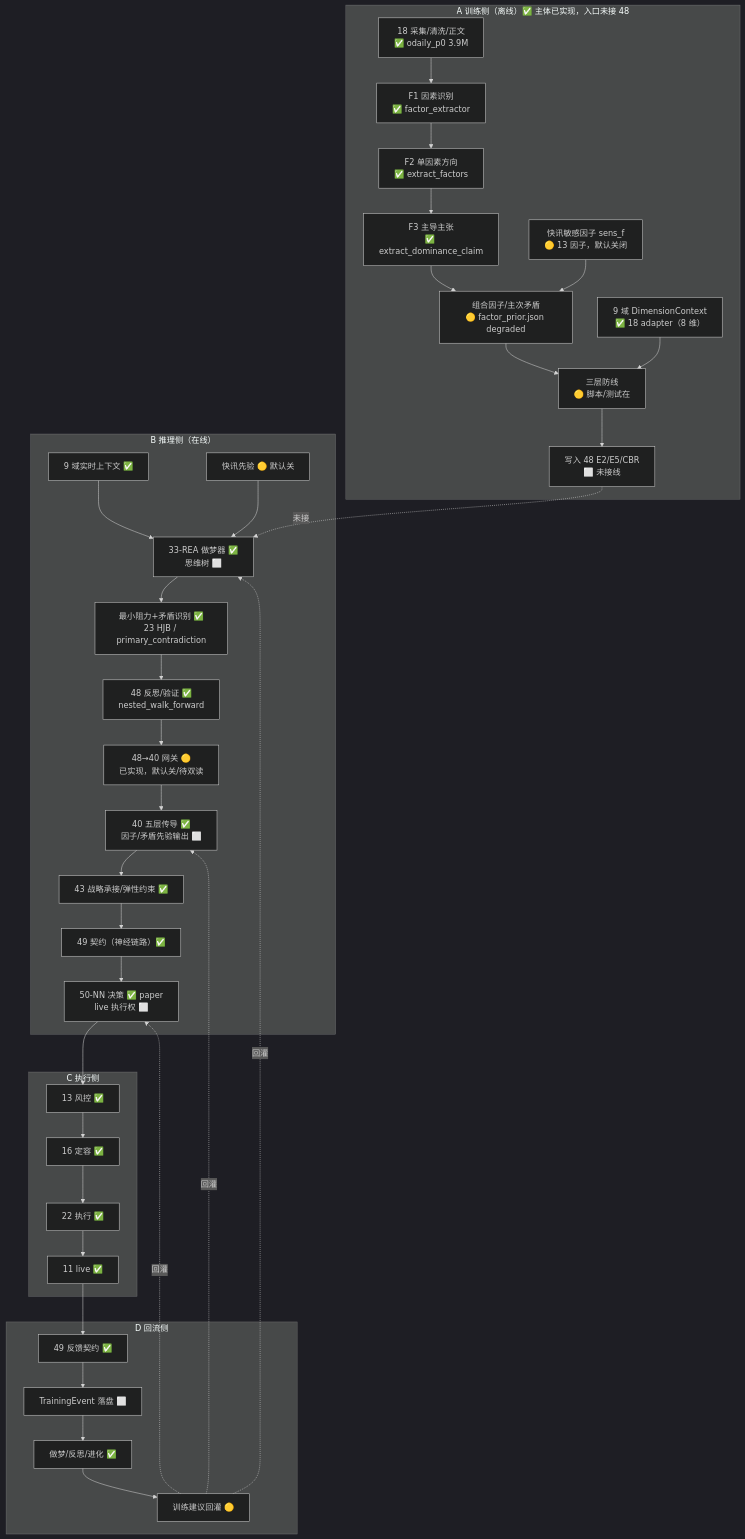
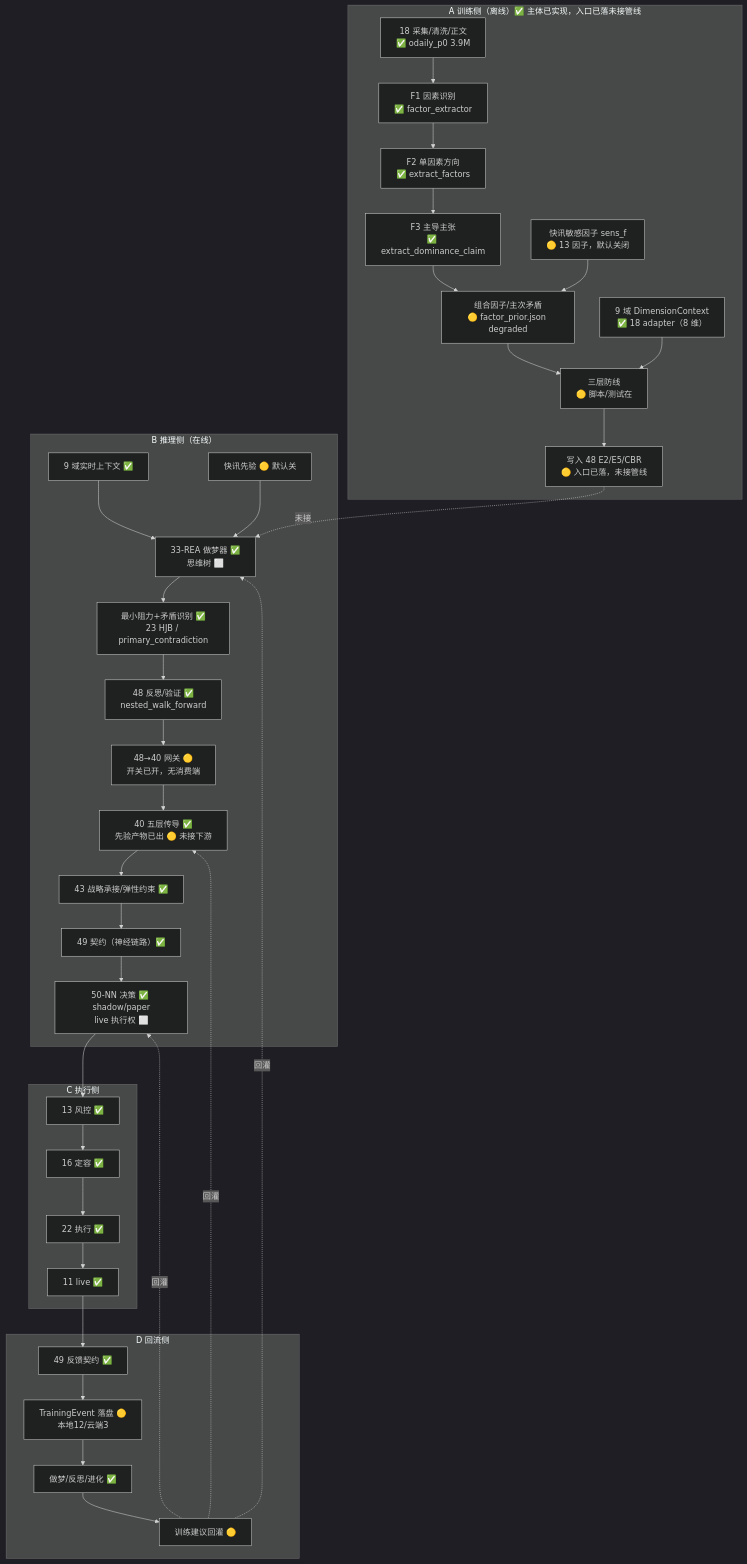
The diagram in 48-涌现架构/docs/tech/SPEC-EMERGENCE-FULL-CHAIN-v1.0.md (yunya1991/Dreambuddy-V2), drawn with Mermaid (dark theme) before and after one commit. The commit also changed other lines of this file and 6 other files, not shown here.

````diff
--- a/48-涌现架构/docs/tech/SPEC-EMERGENCE-FULL-CHAIN-v1.0.md
+++ b/48-涌现架构/docs/tech/SPEC-EMERGENCE-FULL-CHAIN-v1.0.md
@@ -26,54 +26,54 @@
 ```mermaid
 flowchart TB
-  subgraph TRAIN["A 训练侧（离线）✅ 主体已实现，入口未接 48"]
+  subgraph TRAIN["A 训练侧（离线）✅ 主体已实现，入口已落未接管线"]
     A1["18 采集/清洗/正文<br/>✅ odaily_p0 3.9M"]
     A2["F1 因素识别<br/>✅ factor_extractor"]
     A3["F2 单因素方向<br/>✅ extract_factors"]
     A4["F3 主导主张<br/>✅ extract_dominance_claim"]
     A5["组合因子/主次矛盾<br/>🟡 factor_prior.json degraded"]
     A6["9 域 DimensionContext<br/>✅ 18 adapter（8 维）"]
     A7["快讯敏感因子 sens_f<br/>🟡 13 因子，默认关闭"]
     A8["三层防线<br/>🟡 脚本/测试在"]
-    A9["写入 48 E2/E5/CBR<br/>⬜ 未接线"]
+    A9["写入 48 E2/E5/CBR<br/>🟡 入口已落，未接管线"]
 
     A1 --> A2 --> A3 --> A4 --> A5
     A6 --> A8
     A7 --> A5 --> A8 --> A9
   end
 
   subgraph INFER["B 推理侧（在线）"]
     B1["9 域实时上下文 ✅"]
     B2["快讯先验 🟡 默认关"]
     B3["33-REA 做梦器 ✅<br/>思维树 ⬜"]
     B4["最小阻力+矛盾识别 ✅<br/>23 HJB / primary_contradiction"]
     B5["48 反思/验证 ✅<br/>nested_walk_forward"]
-    B6["48→40 网关 🟡<br/>已实现，默认关/待双读"]
-    B7["40 五层传导 ✅<br/>因子/矛盾先验输出 ⬜"]
+    B6["48→40 网关 🟡<br/>开关已开，无消费端"]
+    B7["40 五层传导 ✅<br/>先验产物已出 🟡 未接下游"]
     B8["43 战略承接/弹性约束 ✅"]
     B9["49 契约（神经链路）✅"]
-    B10["50-NN 决策 ✅ paper<br/>live 执行权 ⬜"]
+    B10["50-NN 决策 ✅ shadow/paper<br/>live 执行权 ⬜"]
 
     B1 --> B3
     B2 --> B3
     B3 --> B4 --> B5 --> B6 --> B7 --> B8 --> B9 --> B10
   end
 
   subgraph EXEC["C 执行侧"]
     C1["13 风控 ✅"] --> C2["16 定容 ✅"] --> C3["22 执行 ✅"] --> C4["11 live ✅"]
   end
 
   subgraph BACK["D 回流侧"]
     D1["49 反馈契约 ✅"]
-    D2["TrainingEvent 落盘 ⬜"]
+    D2["TrainingEvent 落盘 🟡<br/>本地12/云端3"]
     D3["做梦/反思/进化 ✅"]
     D4["训练建议回灌 🟡"]
     D1 --> D2 --> D3 --> D4
   end
 
   A9 -.未接.-> B3
   B10 --> C1
   C4 --> D1
   D4 -.回灌.-> B3
   D4 -.回灌.-> B7
   D4 -.回灌.-> B10
 ```
````
